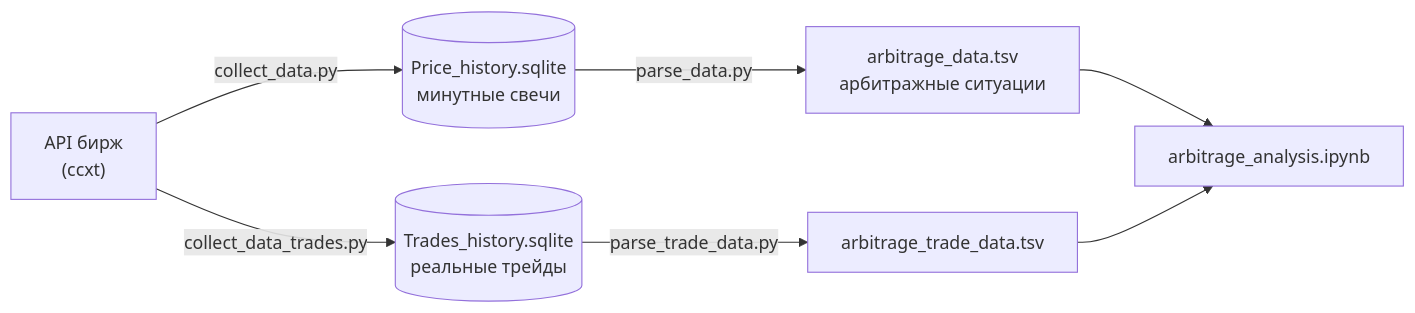
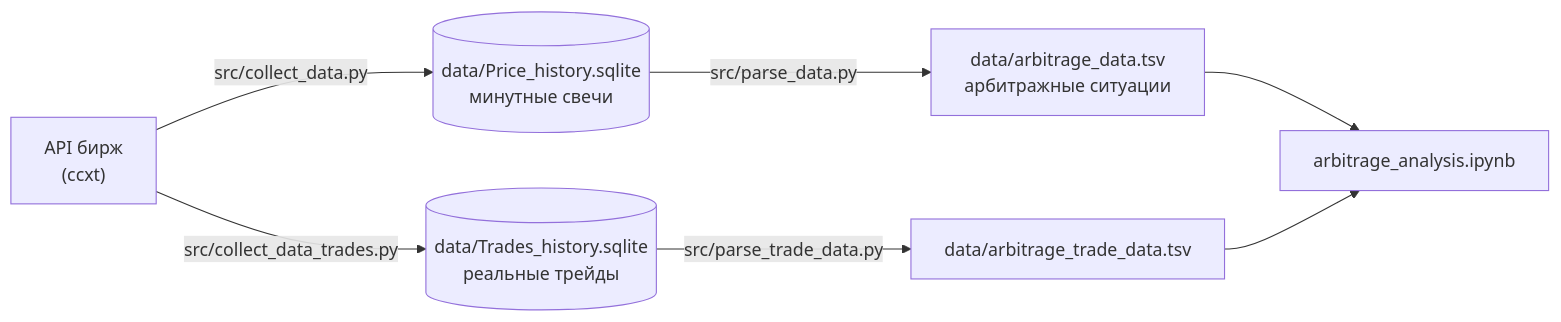
One commit to whoIsClownHere/Blockchain-arbitrage-analysis changed the diagram in README.md. Above: the diagram before and after it, drawn with Mermaid. The commit also changed other lines of this file and 17 other files, not shown here.

````diff
--- a/README.md
+++ b/README.md
@@ -29,9 +33,9 @@
 ```mermaid
 flowchart LR
-    API["API бирж<br/>(ccxt)"] -->|collect_data.py| DB[("Price_history.sqlite<br/>минутные свечи")]
-    DB -->|parse_data.py| ARB["arbitrage_data.tsv<br/>арбитражные ситуации"]
-    API -->|collect_data_trades.py| TDB[("Trades_history.sqlite<br/>реальные трейды")]
-    TDB -->|parse_trade_data.py| TARB["arbitrage_trade_data.tsv"]
+    API["API бирж<br/>(ccxt)"] -->|src/collect_data.py| DB[("data/Price_history.sqlite<br/>минутные свечи")]
+    DB -->|src/parse_data.py| ARB["data/arbitrage_data.tsv<br/>арбитражные ситуации"]
+    API -->|src/collect_data_trades.py| TDB[("data/Trades_history.sqlite<br/>реальные трейды")]
+    TDB -->|src/parse_trade_data.py| TARB["data/arbitrage_trade_data.tsv"]
     ARB --> NB["arbitrage_analysis.ipynb"]
     TARB --> NB
 ```
````
